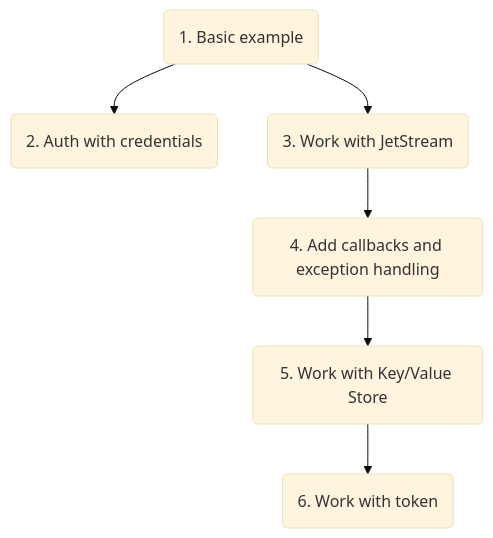
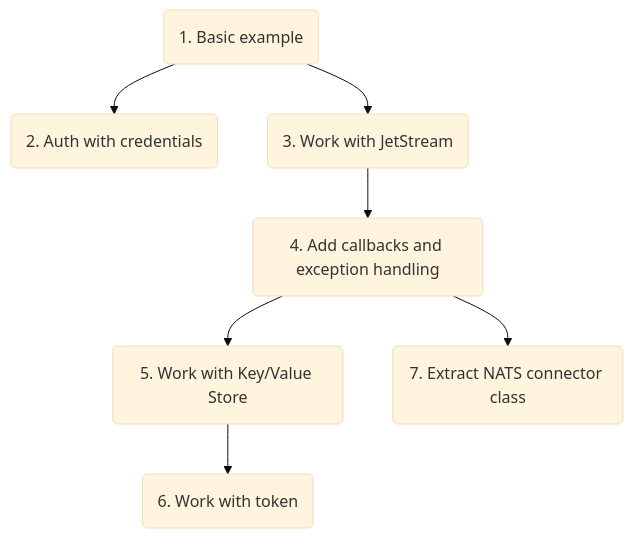
Before and after one commit to amaargiru/nats-io-examples: the diagram in README.md, drawn with Mermaid (base theme). The commit also changed other lines of this file and 3 other files, not shown here.

````diff
--- a/README.md
+++ b/README.md
@@ -23,8 +23,9 @@
 ```mermaid
   graph TD;
       A(1. Basic example)-->B(2. Auth with credentials);
       A-->C(3. Work with JetStream);
       C-->D(4. Add callbacks and exception handling);
       D-->E(5. Work with Key/Value Store);
       E-->F(6. Work with token)
+      D-->G(7. Extract NATS connector class)
 ```
````
